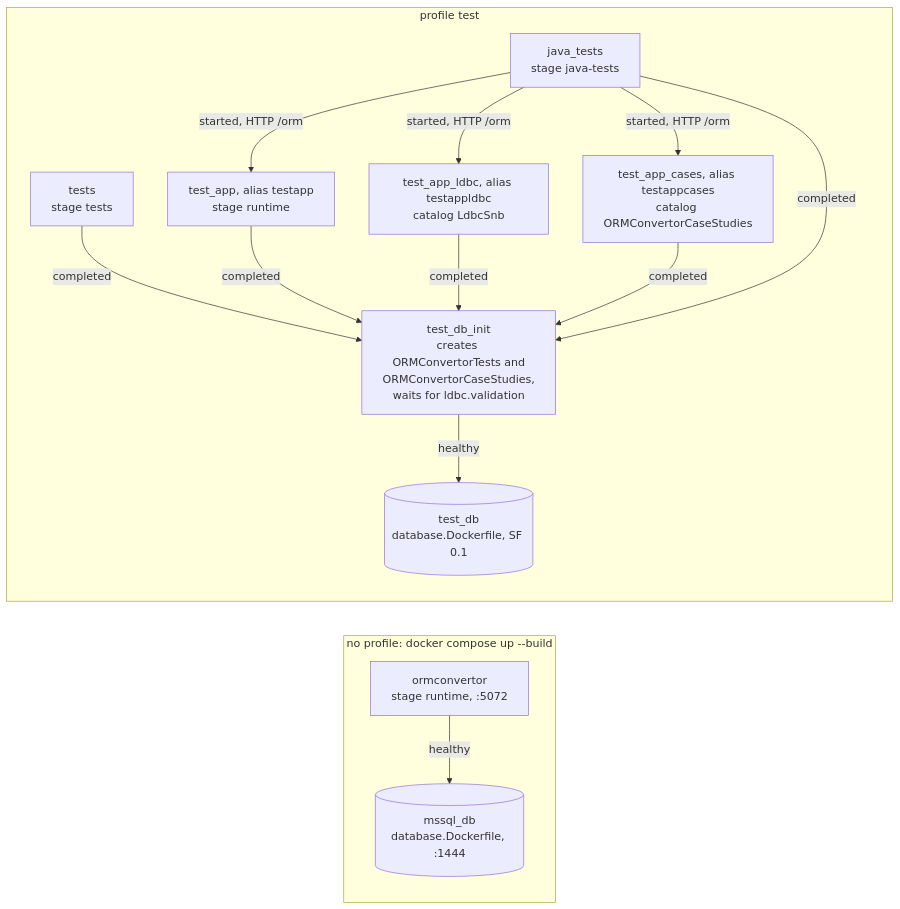
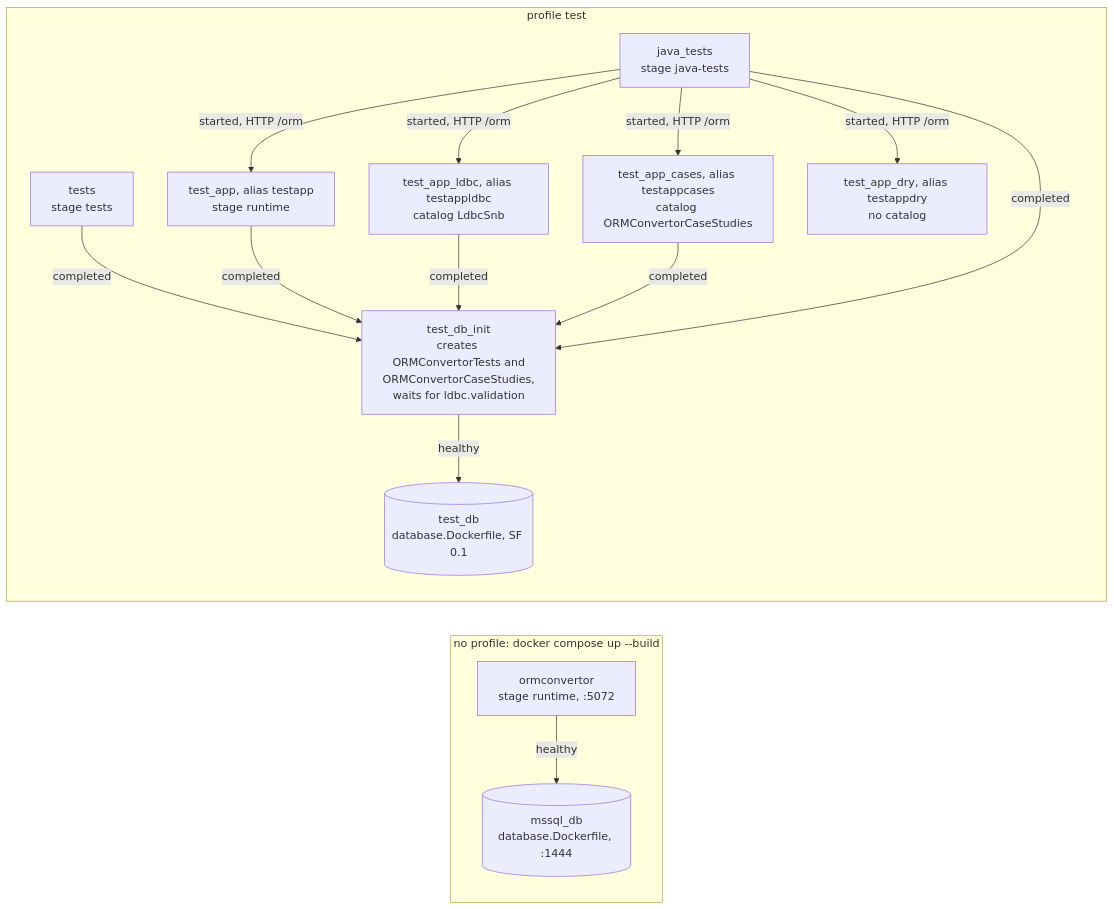
The first of 2 diagrams in ORMConvertor/README.md (MiraStochel/orm-convertor), drawn with Mermaid before and after one commit. The commit also changed other lines of this file and 7 other files, not shown here.

````diff
--- a/ORMConvertor/README.md
+++ b/ORMConvertor/README.md
@@ -30,26 +30,28 @@
 ```mermaid
 flowchart LR
   subgraph sys["no profile: docker compose up --build"]
     app["ormconvertor<br/>stage runtime, :5072"]
     db[("mssql_db<br/>database.Dockerfile, :1444")]
   end
   subgraph tst["profile test"]
     tdb[("test_db<br/>database.Dockerfile, SF 0.1")]
     init["test_db_init<br/>creates ORMConvertorTests and<br/>ORMConvertorCaseStudies,<br/>waits for ldbc.validation"]
     tests["tests<br/>stage tests"]
     tapp["test_app, alias testapp<br/>stage runtime"]
     tappl["test_app_ldbc, alias testappldbc<br/>catalog LdbcSnb"]
     tappc["test_app_cases, alias testappcases<br/>catalog ORMConvertorCaseStudies"]
+    tappd["test_app_dry, alias testappdry<br/>no catalog"]
     jt["java_tests<br/>stage java-tests"]
   end
   app -- healthy --> db
   init -- healthy --> tdb
   tests -- completed --> init
   tapp -- completed --> init
   tappl -- completed --> init
   tappc -- completed --> init
   jt -- completed --> init
   jt -- "started, HTTP /orm" --> tapp
   jt -- "started, HTTP /orm" --> tappl
   jt -- "started, HTTP /orm" --> tappc
+  jt -- "started, HTTP /orm" --> tappd
 ```
````
